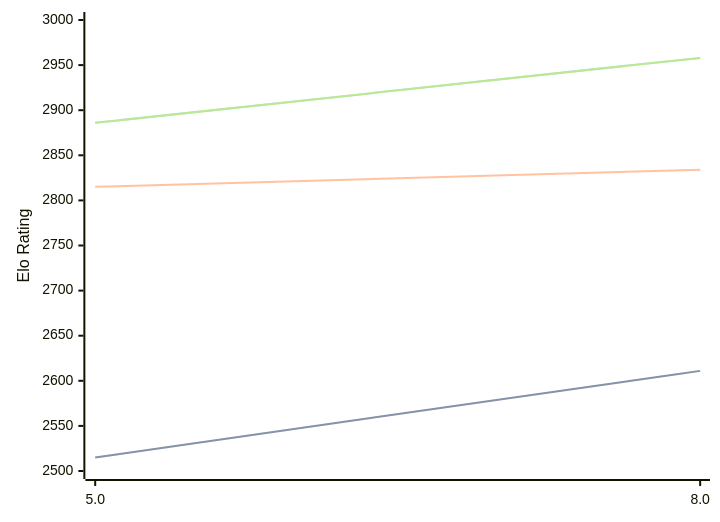
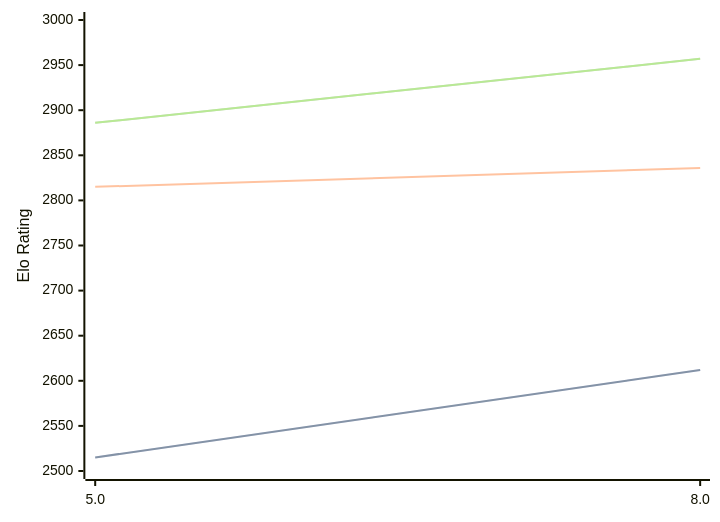
One commit to computer-chess-index/cci changed the diagram in engines/4kc.md. Above: the diagram before and after it, drawn with Mermaid. The commit also changed other lines of this file, not shown here.

Commit message:
Update CCI Ratings (ELO VLTC) - 2026-03-24

````diff
--- a/engines/4kc.md
+++ b/engines/4kc.md
@@ -41,11 +41,11 @@
 ```mermaid
 %%{init: {"theme":"base","themeVariables":{"seriesColors:['#a3a3a3','#222221','#faa371']}}}%%
 xychart-beta
   x-axis ["5.0", "8.0"]
   y-axis "Elo Rating" 2500 --> 3000
-  line "STC (8.0+0.08s)" [2515, 2611]
-  line "STC (8.0+0.08s)" [2515, 2611]
-  line "LTC (60.0+0.60s)" [2815, 2834]
-  line "VLTC (2m24s+1.12s)" [2886, 2958]
-  line "VLTC (2m24s+1.12s)" [2886, 2958]
+  line "STC (8.0+0.08s)" [2515, 2612]
+  line "STC (8.0+0.08s)" [2515, 2612]
+  line "LTC (60.0+0.60s)" [2815, 2836]
+  line "VLTC (2m24s+1.12s)" [2886, 2957]
+  line "VLTC (2m24s+1.12s)" [2886, 2957]
 ```
````
